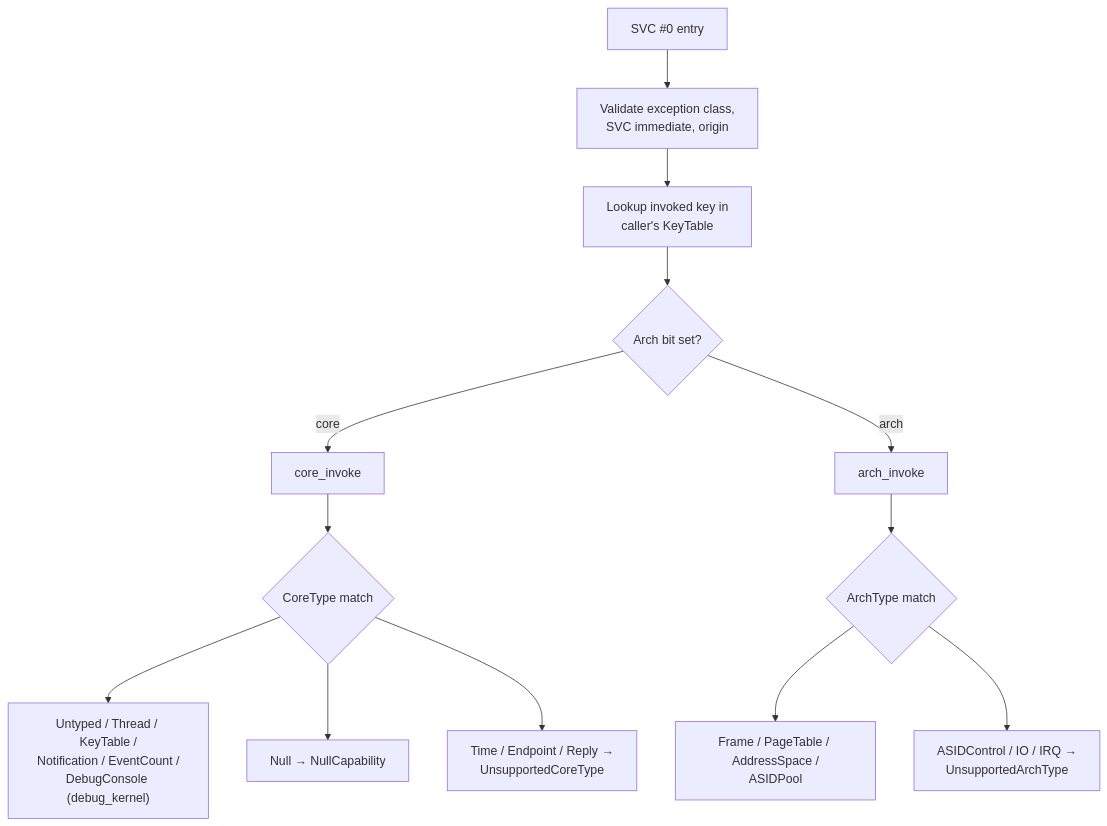
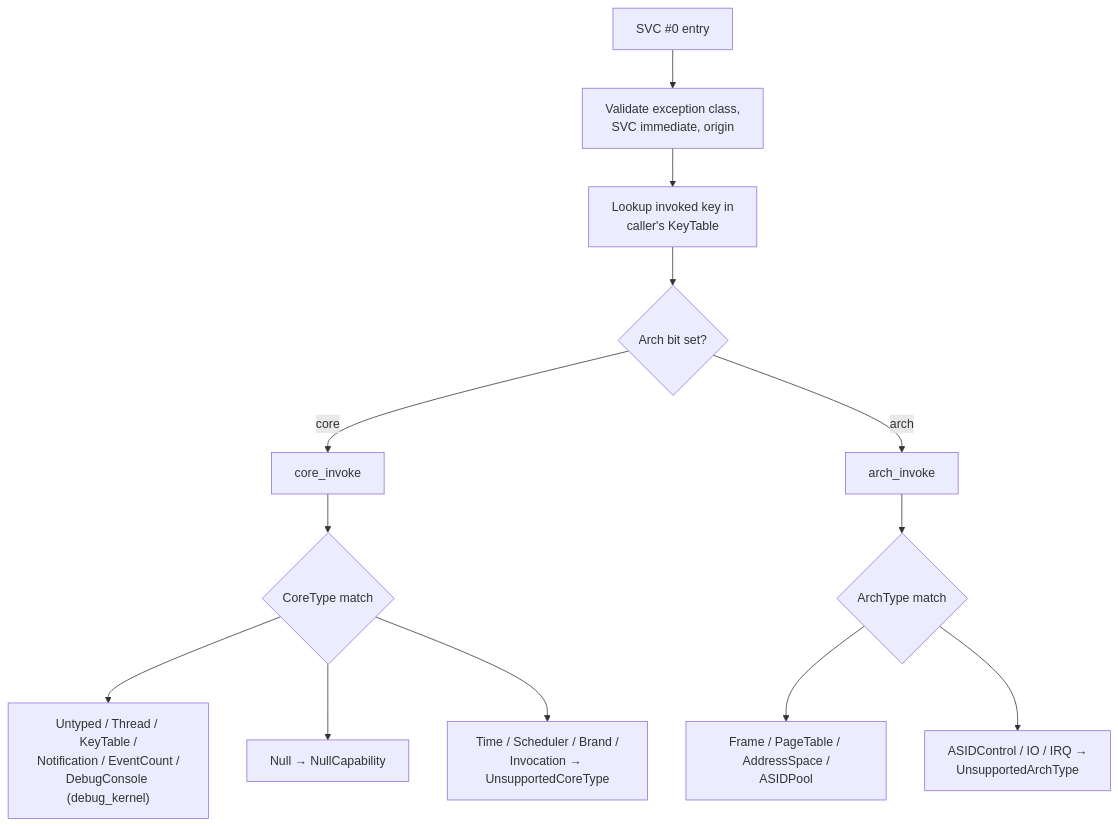
One commit to metta-systems/vesper changed the diagram in doc/object_types/README.md. Above: the diagram before and after it, drawn with Mermaid. The commit also changed other lines of this file and 32 other files, not shown here.

````diff
--- a/doc/object_types/README.md
+++ b/doc/object_types/README.md
@@ -75,15 +76,15 @@
 ```mermaid
 flowchart TD
     A["SVC #0 entry"] --> B["Validate exception class,<br/>SVC immediate, origin"]
     B --> C["Lookup invoked key in<br/>caller's KeyTable"]
     C --> D{"Arch bit set?"}
     D -- "core" --> E["core_invoke"]
     D -- "arch" --> F["arch_invoke"]
     E --> G{"CoreType match"}
     G --> H["Untyped / Thread / KeyTable /<br/>Notification / EventCount /<br/>DebugConsole (debug_kernel)"]
     G --> I["Null → NullCapability"]
-    G --> J["Time / Endpoint / Reply →<br/>UnsupportedCoreType"]
+    G --> J["Time / Scheduler / Brand /<br/>Invocation → UnsupportedCoreType"]
     F --> K{"ArchType match"}
     K --> L["Frame / PageTable / AddressSpace /<br/>ASIDPool"]
     K --> M["ASIDControl / IO / IRQ →<br/>UnsupportedArchType"]
 ```
````
